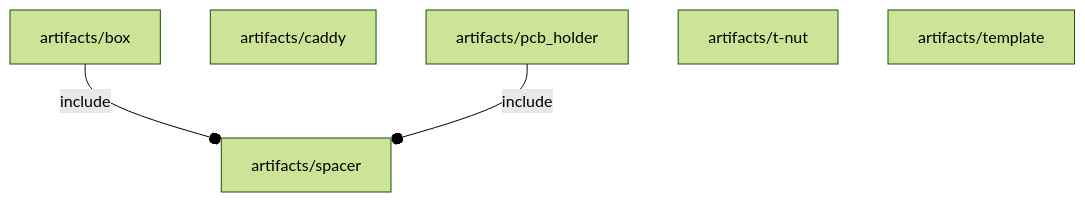
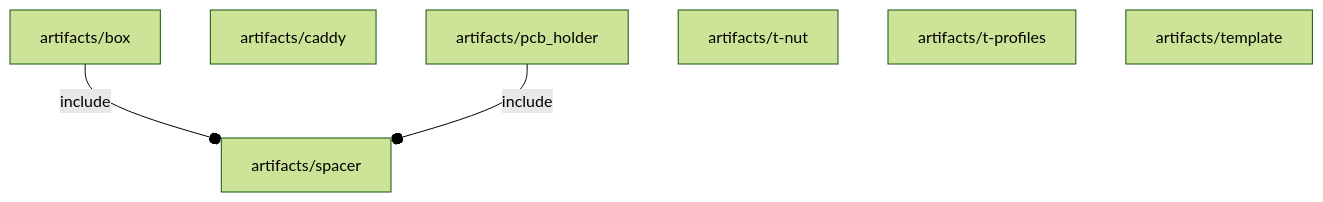
Before and after one commit to ggabbiani/OFL: the diagram in orthodocs/artifacts/deps.md, drawn with Mermaid (forest theme). The commit also changed 9 other files, not shown here.

````diff
--- a/orthodocs/artifacts/deps.md
+++ b/orthodocs/artifacts/deps.md
@@ -3,9 +3,10 @@
 ```mermaid
 graph TD
     A1[artifacts/box] --o|include| A2[artifacts/spacer]
     A3[artifacts/caddy]
     A4[artifacts/pcb_holder] --o|include| A2
     A2
     A5[artifacts/t-nut]
-    A6[artifacts/template]
+    A6[artifacts/t-profiles]
+    A7[artifacts/template]
 ```
````
